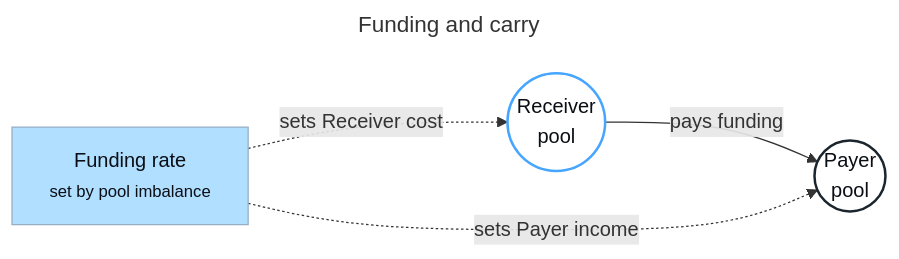
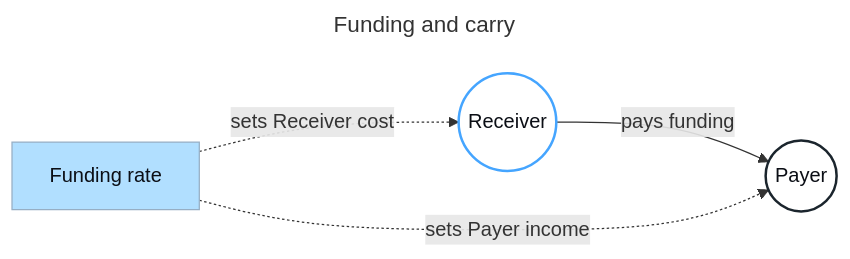
Before and after one commit to Null-Solutions/v1-docs: the diagram in diagrams/funding-carry.mmd, drawn with Mermaid. The commit also changed 12 other files, not shown here.

Commit message:
Fix docs diagram text rendering

```diff
--- a/diagrams/funding-carry.mmd
+++ b/diagrams/funding-carry.mmd
@@ -1,18 +1,18 @@
 ---
 title: Funding and carry
 ---
 flowchart LR
-  receiver(("Receiver<br/>pool"))
-  payer(("Payer<br/>pool"))
-  funding["Funding rate<br/><small>set by pool imbalance</small>"]
+  receiver(("Receiver"))
+  payer(("Payer"))
+  funding["Funding rate"]
 
   receiver -- "pays funding" --> payer
   funding -. "sets Receiver cost" .-> receiver
   funding -. "sets Payer income" .-> payer
 
   classDef receiver fill:#FFFFFF,color:#0B0E15,stroke:#45A5FF,stroke-width:2px;
   classDef payer fill:#FFFFFF,color:#0B0E15,stroke:#1B252D,stroke-width:2px;
   classDef accent fill:#B1DFFF,color:#0B0E15,stroke:#96AEC4,stroke-width:1px;
   class receiver receiver;
   class payer payer;
   class funding accent;
```
